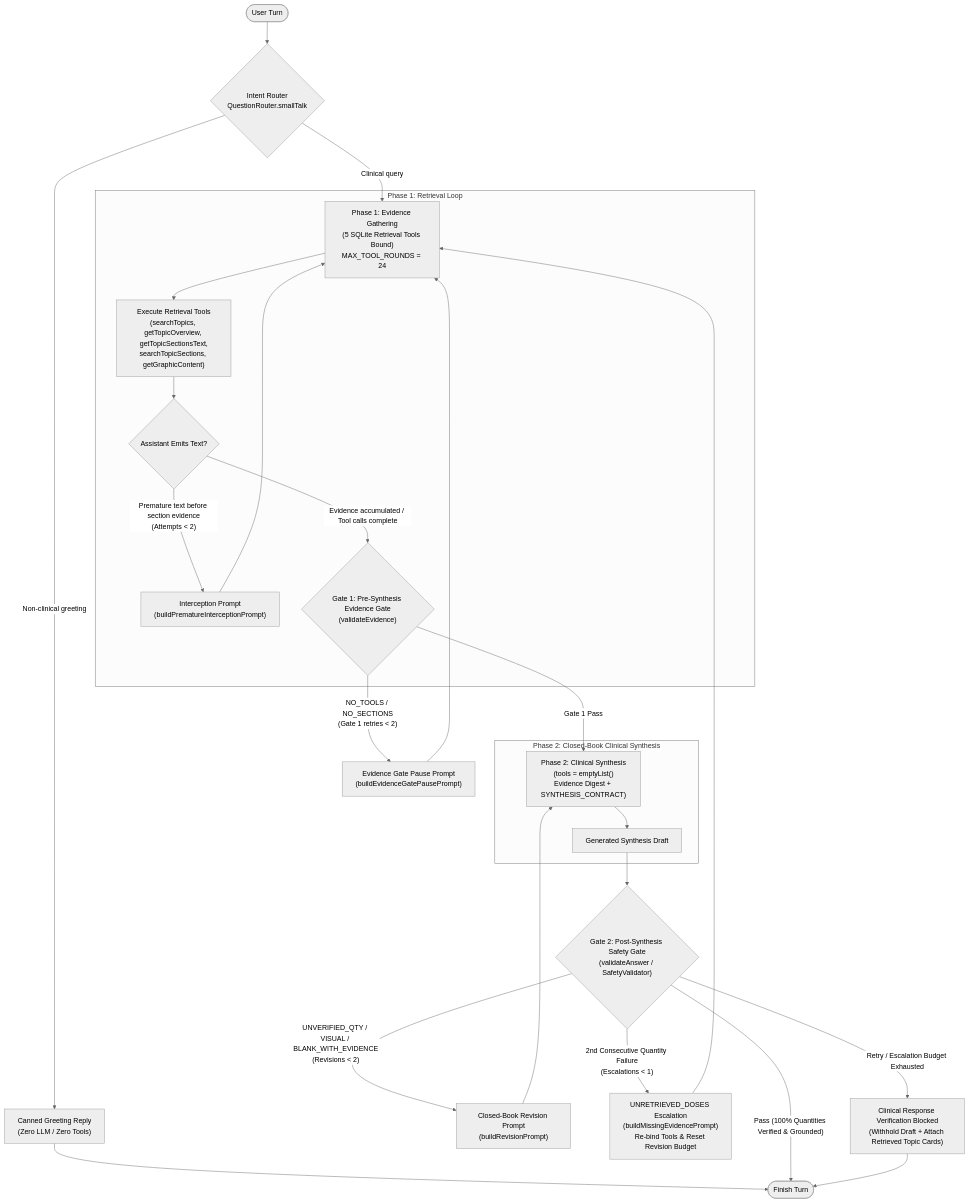
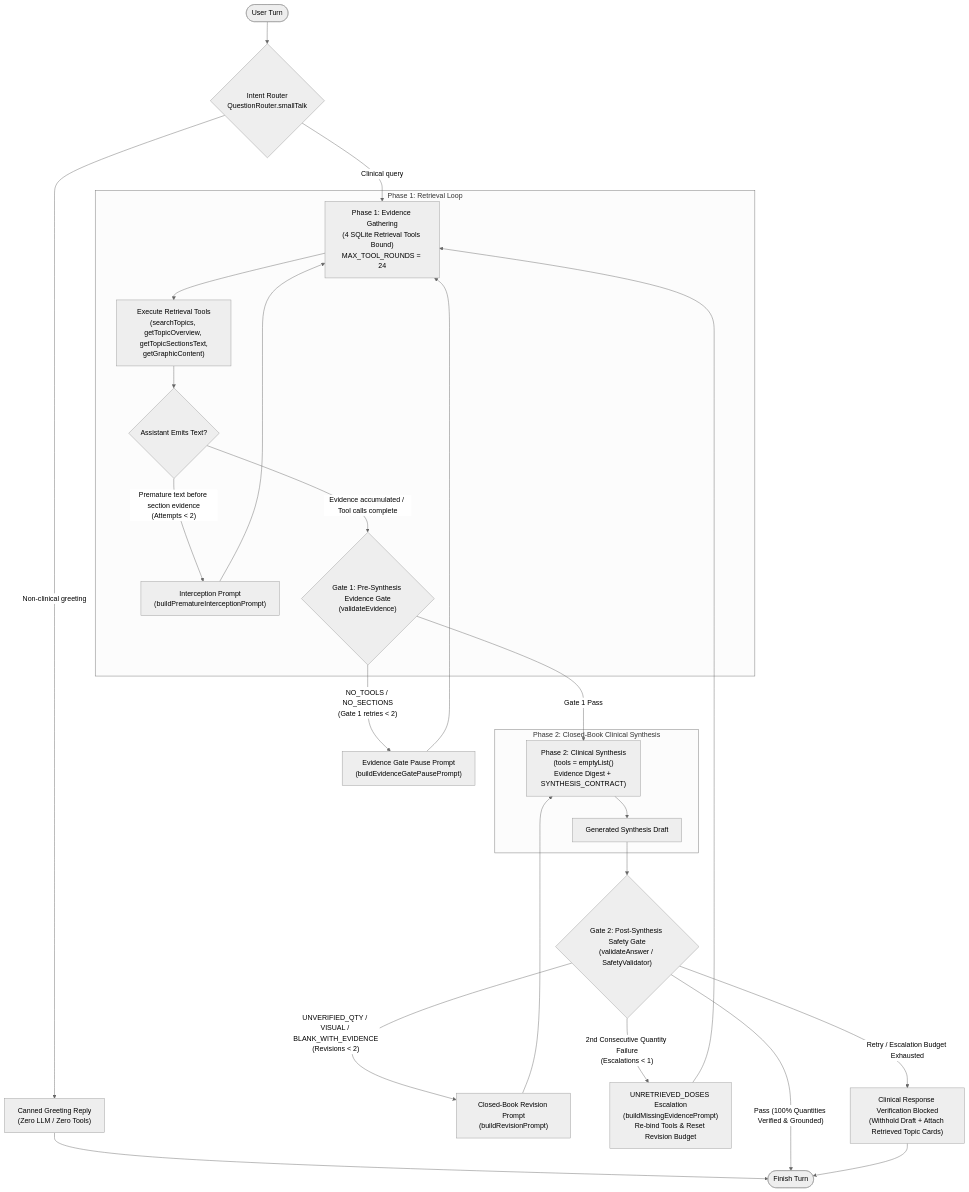
One commit to BEST8OY/Uptodate_Viewer changed the first of 3 diagrams in docs/architectural-principles-universal-clinical-prompt.md. Above: the diagram before and after it, drawn with Mermaid (neutral theme). The commit also changed other lines of this file and 65 other files, not shown here.

First line of the commit message:
feat(ai,content): procedural clinical CDS orchestrator, decision gates, and What's New/PCU injection

````diff
--- a/docs/architectural-principles-universal-clinical-prompt.md
+++ b/docs/architectural-principles-universal-clinical-prompt.md
@@ -9,32 +9,32 @@
 ```mermaid
 flowchart TD
     Start([User Turn]) --> IntentRoute{Intent Router<br/>QuestionRouter.smallTalk}
     IntentRoute -- "Non-clinical greeting" --> CannedReply["Canned Greeting Reply<br/>(Zero LLM / Zero Tools)"] --> Finish([Finish Turn])
-    IntentRoute -- "Clinical query" --> Phase1["Phase 1: Evidence Gathering<br/>(5 SQLite Retrieval Tools Bound)<br/>MAX_TOOL_ROUNDS = 24"]
+    IntentRoute -- "Clinical query" --> Phase1["Phase 1: Evidence Gathering<br/>(4 SQLite Retrieval Tools Bound)<br/>MAX_TOOL_ROUNDS = 24"]
     
     subgraph Phase1_Loop ["Phase 1: Retrieval Loop"]
-        Phase1 --> ToolExec["Execute Retrieval Tools<br/>(searchTopics, getTopicOverview, getTopicSectionsText,<br/>searchTopicSections, getGraphicContent)"]
+        Phase1 --> ToolExec["Execute Retrieval Tools<br/>(searchTopics, getTopicOverview, getTopicSectionsText,<br/>getGraphicContent)"]
         ToolExec --> CheckPremature{Assistant Emits Text?}
         CheckPremature -- "Premature text before section evidence<br/>(Attempts < 2)" --> InterceptPrompt["Interception Prompt<br/>(buildPrematureInterceptionPrompt)"]
         InterceptPrompt --> Phase1
         CheckPremature -- "Evidence accumulated / Tool calls complete" --> Gate1
     end
 
     Gate1{"Gate 1: Pre-Synthesis Evidence Gate<br/>(validateEvidence)"}
     Gate1 -- "NO_TOOLS / NO_SECTIONS<br/>(Gate 1 retries < 2)" --> PausePrompt["Evidence Gate Pause Prompt<br/>(buildEvidenceGatePausePrompt)"]
     PausePrompt --> Phase1
     Gate1 -- "Gate 1 Pass" --> Phase2
 
     subgraph Phase2_Synthesis ["Phase 2: Closed-Book Clinical Synthesis"]
         Phase2["Phase 2: Clinical Synthesis<br/>(tools = emptyList()<br/>Evidence Digest + SYNTHESIS_CONTRACT)"]
         Phase2 --> DraftGenerated["Generated Synthesis Draft"]
     end
 
     DraftGenerated --> Gate2{"Gate 2: Post-Synthesis Safety Gate<br/>(validateAnswer / SafetyValidator)"}
     Gate2 -- "Pass (100% Quantities Verified & Grounded)" --> Finish
     Gate2 -- "UNVERIFIED_QTY / VISUAL / BLANK_WITH_EVIDENCE<br/>(Revisions < 2)" --> RevisionPrompt["Closed-Book Revision Prompt<br/>(buildRevisionPrompt)"]
     RevisionPrompt --> Phase2
     Gate2 -- "2nd Consecutive Quantity Failure<br/>(Escalations < 1)" --> MissingEvidence["UNRETRIEVED_DOSES Escalation<br/>(buildMissingEvidencePrompt)<br/>Re-bind Tools & Reset Revision Budget"]
     MissingEvidence --> Phase1
     Gate2 -- "Retry / Escalation Budget Exhausted" --> TerminalBlock["Clinical Response Verification Blocked<br/>(Withhold Draft + Attach Retrieved Topic Cards)"] --> Finish
 ```
````
